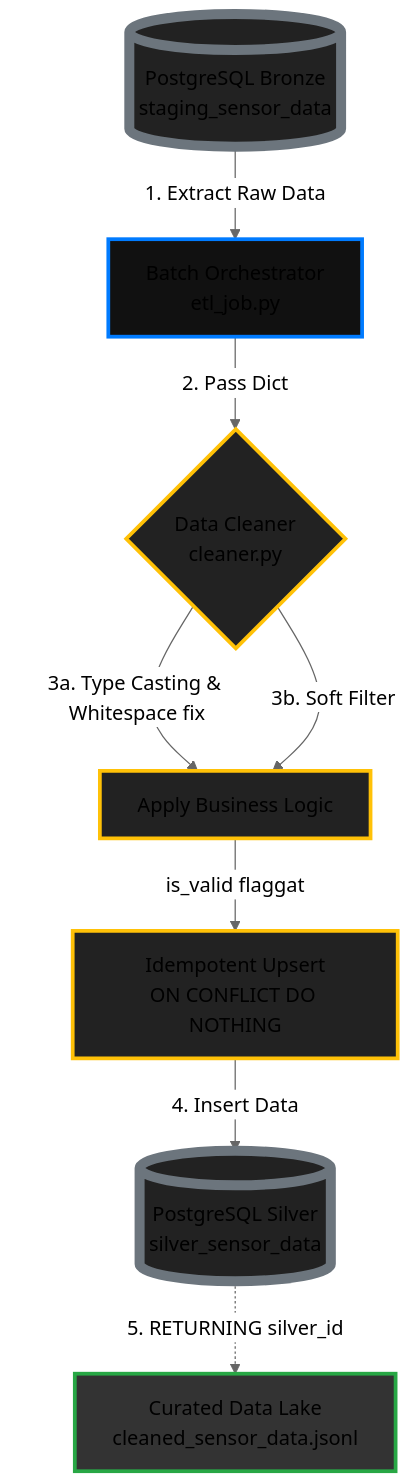
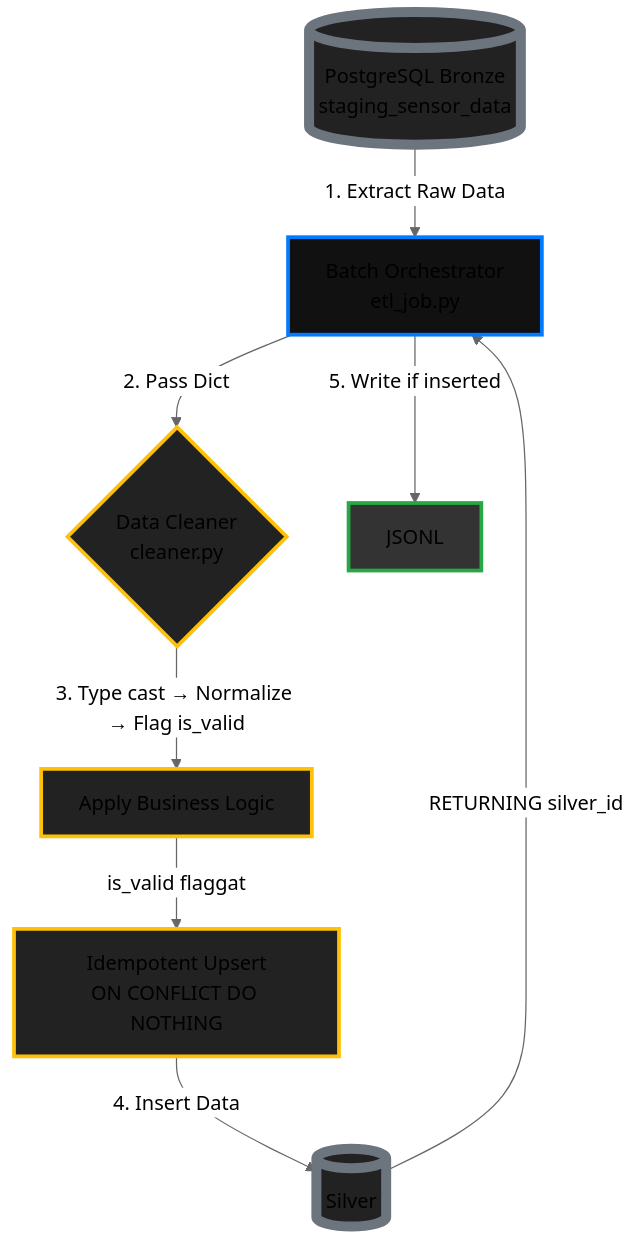
Before and after one commit to JohnnyHyytiainen/group_project_dataplatform: the diagram in docs/diagrams/architecture_SILVER.mmd, drawn with Mermaid (neutral theme). The commit also changed 10 other files, not shown here.

```diff
--- a/docs/diagrams/architecture_SILVER.mmd
+++ b/docs/diagrams/architecture_SILVER.mmd
@@ -1,23 +1,24 @@
 graph TD
     A[(PostgreSQL Bronze<br/>staging_sensor_data)] -->|1. Extract Raw Data| B[Batch Orchestrator<br/>etl_job.py]
     
     B -->|2. Pass Dict| C{Data Cleaner<br/>cleaner.py}
     
-    C -->|3a. Type Casting & Whitespace fix| D[Apply Business Logic]
-    C -->|3b. Soft Filter| D
+    C -->|3. Type cast → Normalize → Flag is_valid| D[Apply Business Logic]
     
     D -->|is_valid flaggat| E[Idempotent Upsert<br/>ON CONFLICT DO NOTHING]
     
-    E -->|4. Insert Data| F[(PostgreSQL Silver<br/>silver_sensor_data)]
+    E -->|4. Insert Data| F[(Silver)]
+
+    F -->|RETURNING silver_id| B
+    B -->|5. Write if inserted| G[JSONL]
     
-    F -.->|5. RETURNING silver_id<br/> | G[Curated Data Lake<br/>cleaned_sensor_data.jsonl]
 
     classDef db fill:#222,stroke:#6c757d,stroke-width:8px;
     classDef script fill:#111,stroke:#007bff,stroke-width:3px;
     classDef logic fill:#222,stroke:#ffc107,stroke-width:3px;
     classDef file fill:#333,stroke:#28a745,stroke-width:3px;
 
     class A,F db;
     class B script;
     class C,D,E logic;
     class G file;
```
